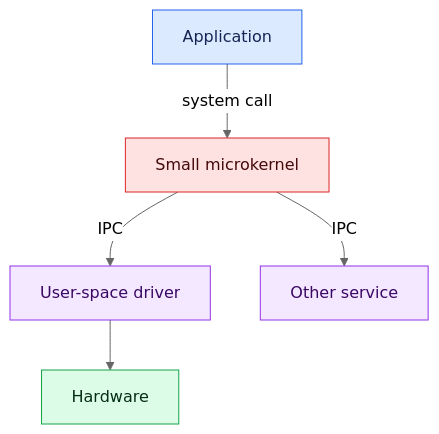
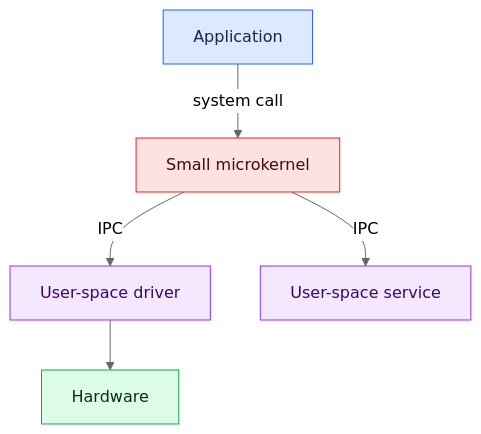
The second of 3 diagrams in comparison/README.md (ROUMANI-Hassan/kernel), drawn with Mermaid (neutral theme) before and after one commit. The commit also changed other lines of this file and 16 other files, not shown here.

Commit message:
Compare kernel space and user space

````diff
--- a/comparison/README.md
+++ b/comparison/README.md
@@ -38,15 +36,15 @@
 ```mermaid
 flowchart TB
   A[Application] -->|system call| K[Small microkernel]
   K -->|IPC| D[User-space driver]
-  K -->|IPC| S[Other service]
+  K -->|IPC| S[User-space service]
   D --> H[Hardware]
   classDef app fill:#dbeafe,stroke:#2563eb,color:#172554
   classDef kernel fill:#fee2e2,stroke:#dc2626,color:#450a0a
   classDef service fill:#f3e8ff,stroke:#9333ea,color:#3b0764
   classDef hardware fill:#dcfce7,stroke:#16a34a,color:#052e16
   class A app
   class K kernel
   class D,S service
   class H hardware
 ```
````
